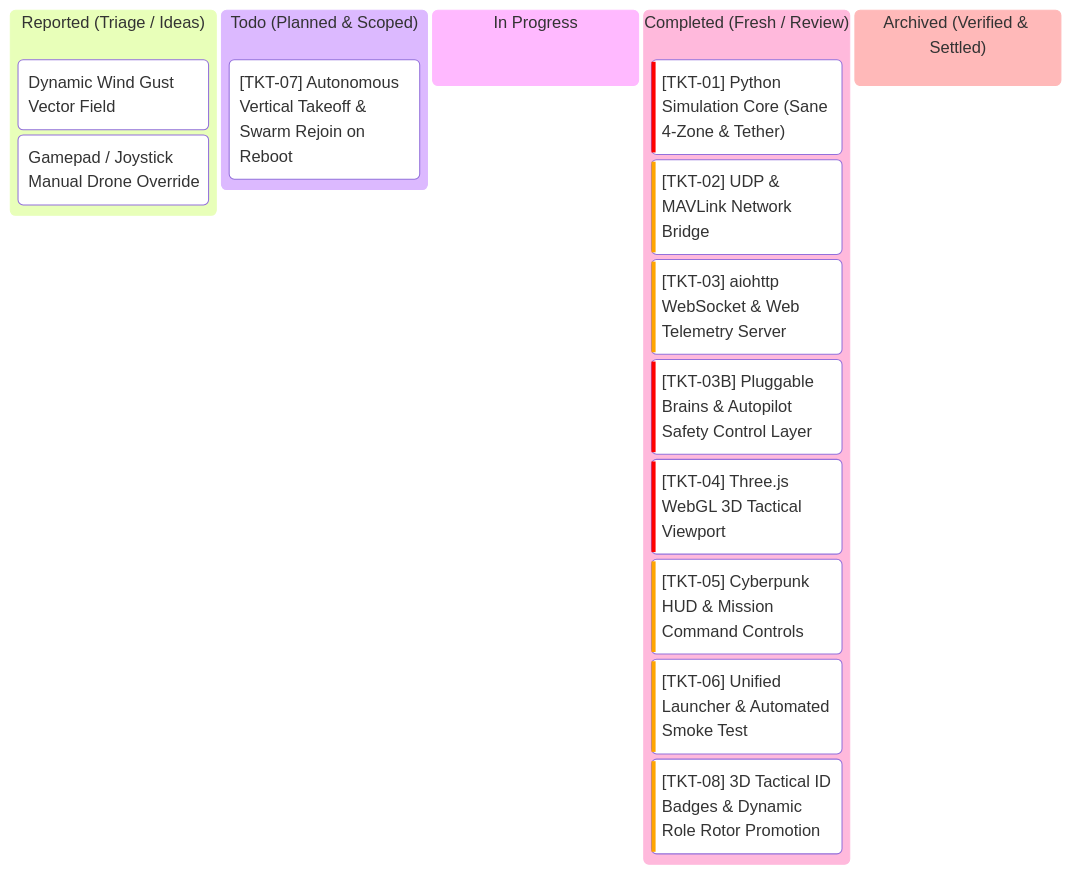
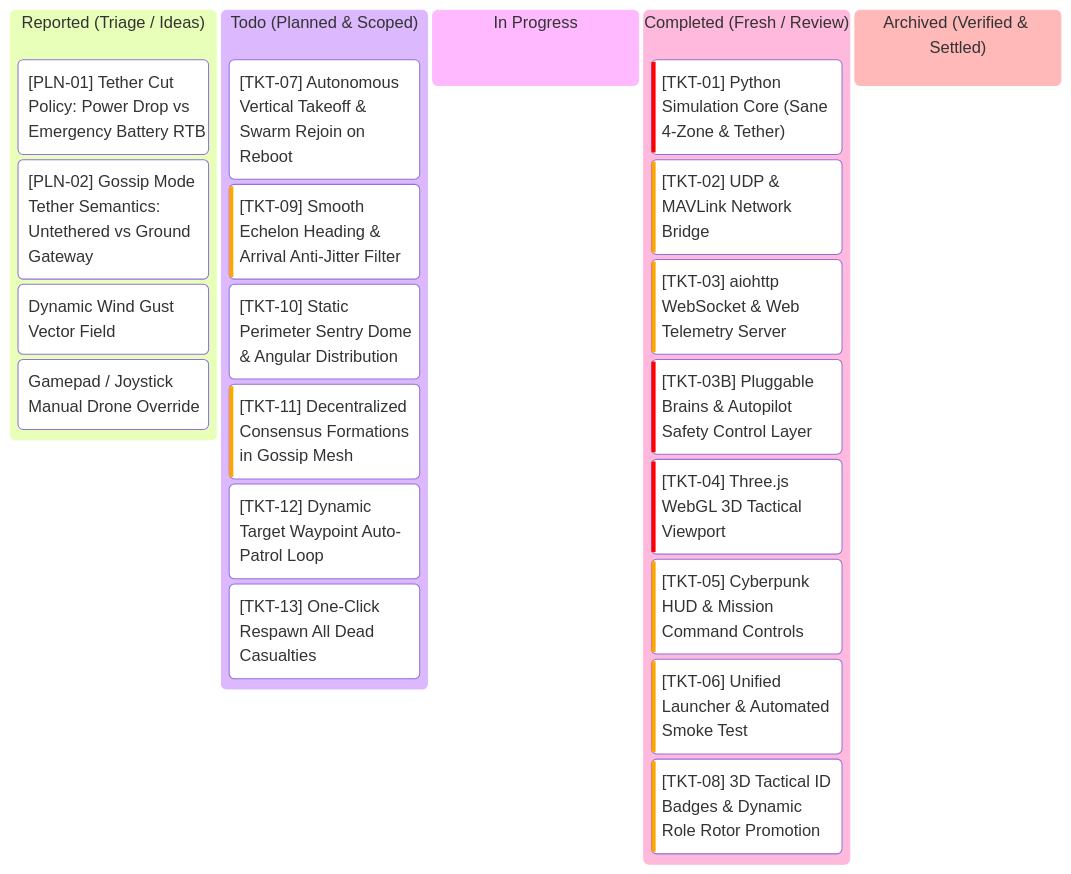
Before and after one commit to AlitheiaDeus/SwarmTech_v3-Uprising: the diagram in kanban.md, drawn with Mermaid. The commit also changed other lines of this file, not shown here.

Commit message:
docs(kanban): scope TKT-09 through TKT-13 and architectural tickets PLN-01, PLN-02

````diff
--- a/kanban.md
+++ b/kanban.md
@@ -7,19 +7,26 @@
 ```mermaid
 kanban
   reported["Reported (Triage / Ideas)"]
+    pln1["[PLN-01] Tether Cut Policy: Power Drop vs Emergency Battery RTB"]
+    pln2["[PLN-02] Gossip Mode Tether Semantics: Untethered vs Ground Gateway"]
     idea1["Dynamic Wind Gust Vector Field"]
     idea2["Gamepad / Joystick Manual Drone Override"]
   todo["Todo (Planned & Scoped)"]
     tkt7["[TKT-07] Autonomous Vertical Takeoff & Swarm Rejoin on Reboot"]@{ priority: 'Medium' }
+    tkt9["[TKT-09] Smooth Echelon Heading & Arrival Anti-Jitter Filter"]@{ priority: 'High' }
+    tkt10["[TKT-10] Static Perimeter Sentry Dome & Angular Distribution"]@{ priority: 'Medium' }
+    tkt11["[TKT-11] Decentralized Consensus Formations in Gossip Mesh"]@{ priority: 'High' }
+    tkt12["[TKT-12] Dynamic Target Waypoint Auto-Patrol Loop"]@{ priority: 'Medium' }
+    tkt13["[TKT-13] One-Click Respawn All Dead Casualties"]@{ priority: 'Medium' }
   in_progress["In Progress"]
   completed["Completed (Fresh / Review)"]
     tkt1["[TKT-01] Python Simulation Core (Sane 4-Zone & Tether)"]@{ priority: 'Very High' }
     tkt2["[TKT-02] UDP & MAVLink Network Bridge"]@{ priority: 'High' }
     tkt3["[TKT-03] aiohttp WebSocket & Web Telemetry Server"]@{ priority: 'High' }
     tkt3b["[TKT-03B] Pluggable Brains & Autopilot Safety Control Layer"]@{ priority: 'Very High' }
     tkt4["[TKT-04] Three.js WebGL 3D Tactical Viewport"]@{ priority: 'Very High' }
     tkt5["[TKT-05] Cyberpunk HUD & Mission Command Controls"]@{ priority: 'High' }
     tkt6["[TKT-06] Unified Launcher & Automated Smoke Test"]@{ priority: 'High' }
     tkt8["[TKT-08] 3D Tactical ID Badges & Dynamic Role Rotor Promotion"]@{ priority: 'High' }
   archived["Archived (Verified & Settled)"]
 ```
````
